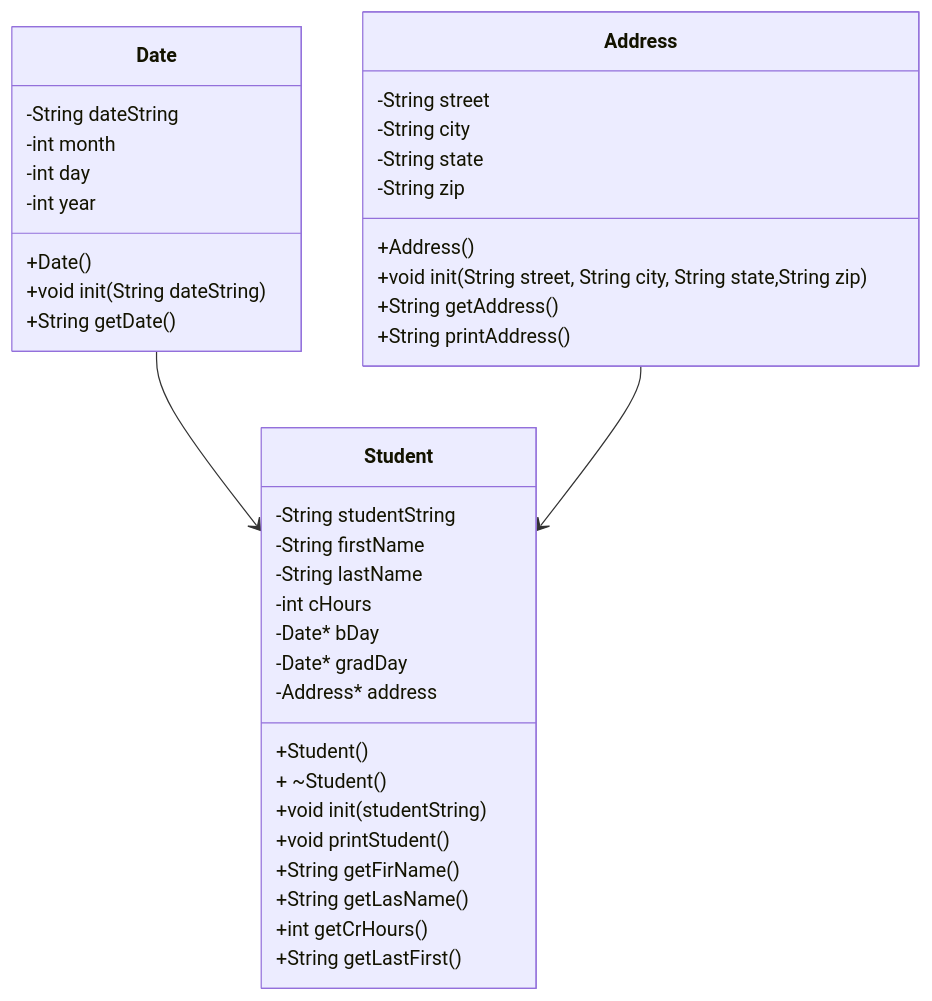
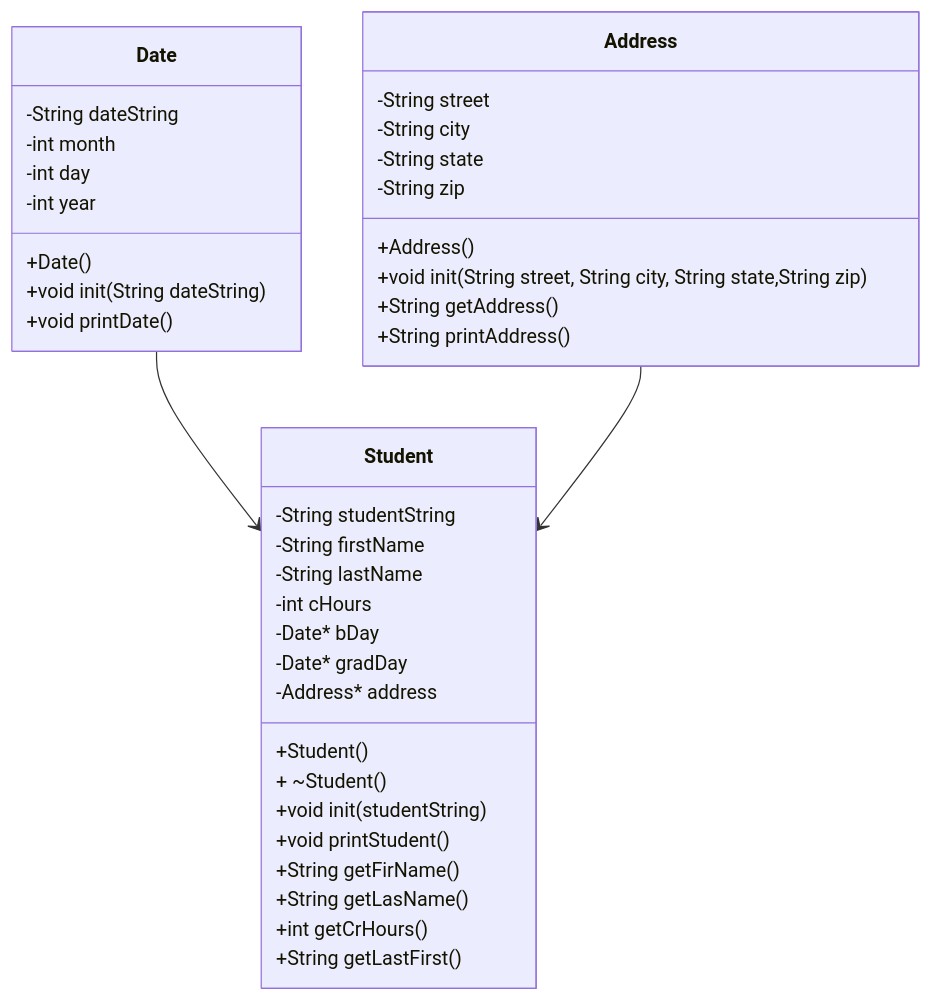
One commit to adithyaganesan-hue/CS121P7 changed the diagram in README.md. Above: the diagram before and after it, drawn with Mermaid. The commit also changed other lines of this file and 7 other files, not shown here.

````diff
--- a/README.md
+++ b/README.md
@@ -3,41 +7,41 @@
 ```mermaid
 classDiagram
     class Date{
         -String dateString
         -int month
         -int day
         -int year
         +Date()
         +void init(String dateString)
-        +String getDate()
+        +void printDate()
     }
     class Address{
         -String street
         -String city
         -String state
         -String zip
         +Address()
         +void init(String street, String city, String state,String zip)
         +String getAddress()
         +String printAddress()
     }
     class Student{
         -String studentString
         -String firstName
         -String lastName
         -int cHours
         -Date* bDay
         -Date* gradDay
         -Address* address
         +Student()
         + ~Student()
         +void init(studentString)
         +void printStudent()
         +String getFirName()
         +String getLasName()
         +int getCrHours()
         +String getLastFirst()
     }
     Date --> Student
     Address --> Student
 ```
````
